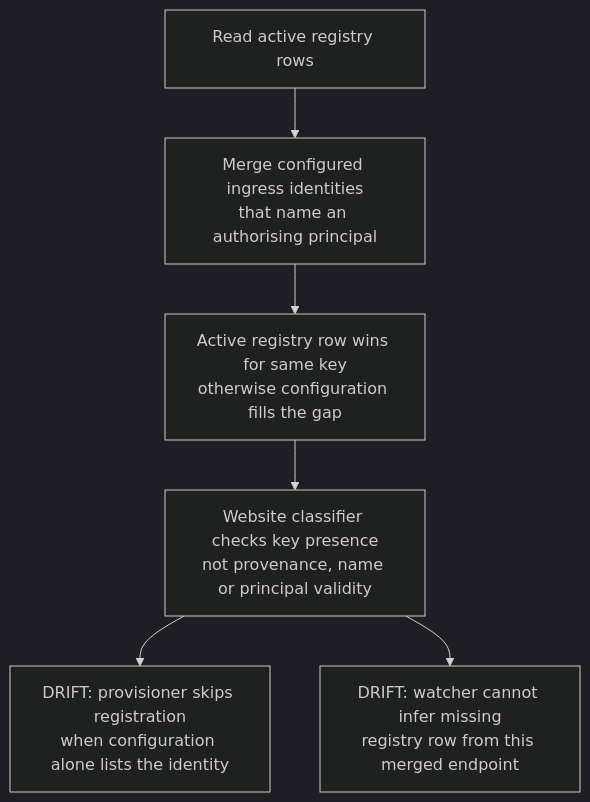
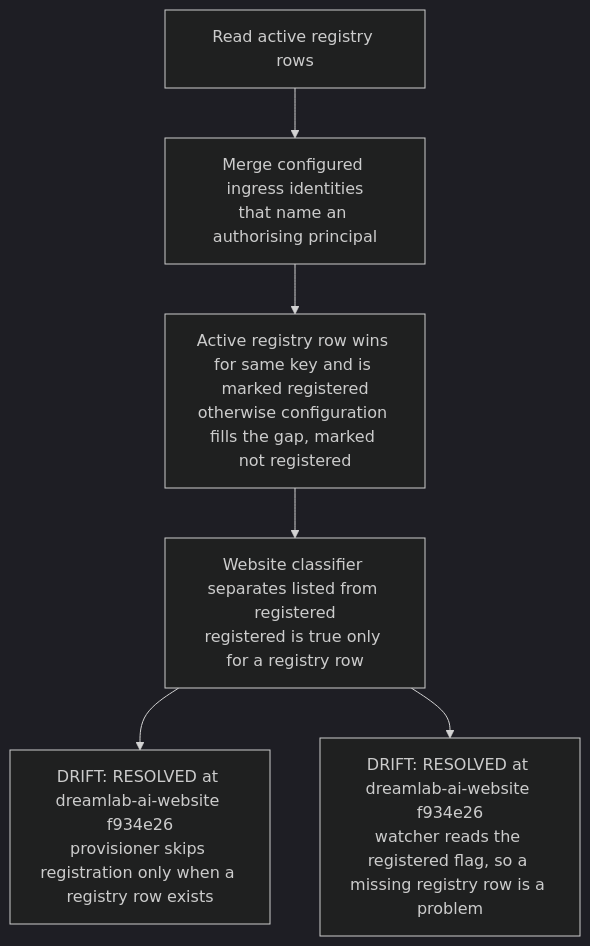
Before and after one commit to DreamLab-AI/VisionFlow: the first of 5 diagrams in docs/diagrams/dreamlab-ai-website/09-information-identity-and-inbox.md, drawn with Mermaid (dark theme). The commit also changed other lines of this file and 59 other files, not shown here.

First line of the commit message:
docs(diagrams): re-derive and re-stamp forum, website, pod, ontomark and sealmap topics

````diff
--- a/docs/diagrams/dreamlab-ai-website/09-information-identity-and-inbox.md
+++ b/docs/diagrams/dreamlab-ai-website/09-information-identity-and-inbox.md
@@ -38,15 +38,15 @@
 ```mermaid
 flowchart TB
     %% Source: ../nostr-rust-forum/crates/nostr-bbs-relay-worker/src/agent_disclosure.rs:105
     A["Read active registry rows"]
     %% Source: ../nostr-rust-forum/crates/nostr-bbs-relay-worker/src/agent_disclosure.rs:70
     A --> B["Merge configured ingress identities<br/>that name an authorising principal"]
     %% Source: ../nostr-rust-forum/crates/nostr-bbs-relay-worker/src/agent_disclosure.rs:78
-    B --> C["Active registry row wins for same key<br/>otherwise configuration fills the gap"]
-    %% Source: ../dreamlab-ai-website/scripts/lib/website-info.mjs:77
-    C --> D["Website classifier checks key presence<br/>not provenance, name or principal validity"]
+    B --> C["Active registry row wins for same key and is marked registered<br/>otherwise configuration fills the gap, marked not registered"]
+    %% Source: ../dreamlab-ai-website/scripts/lib/website-info.mjs:83
+    C --> D["Website classifier separates listed from registered<br/>registered is true only for a registry row"]
     %% Source: ../dreamlab-ai-website/scripts/seed/provision-website-info.mjs:97
-    D --> E["DRIFT: provisioner skips registration<br/>when configuration alone lists the identity"]
-    %% Source: ../dreamlab-ai-website/scripts/inbox-watch/run.mjs:229
-    D --> F["DRIFT: watcher cannot infer missing<br/>registry row from this merged endpoint"]
+    D --> E["DRIFT: RESOLVED at dreamlab-ai-website f934e26<br/>provisioner skips registration only when a registry row exists"]
+    %% Source: ../dreamlab-ai-website/scripts/inbox-watch/run.mjs:233
+    D --> F["DRIFT: RESOLVED at dreamlab-ai-website f934e26<br/>watcher reads the registered flag, so a missing registry row is a problem"]
 ```
````
